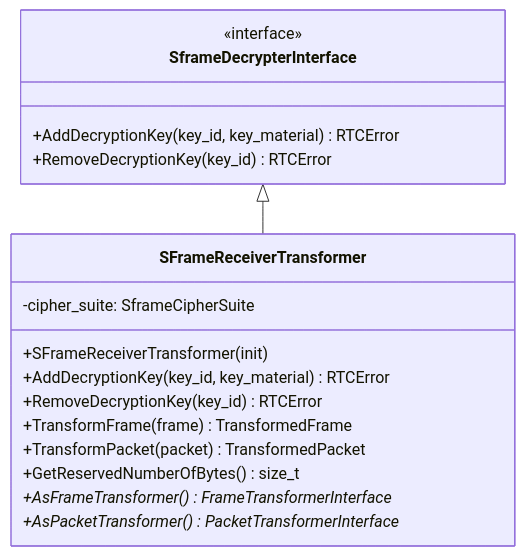
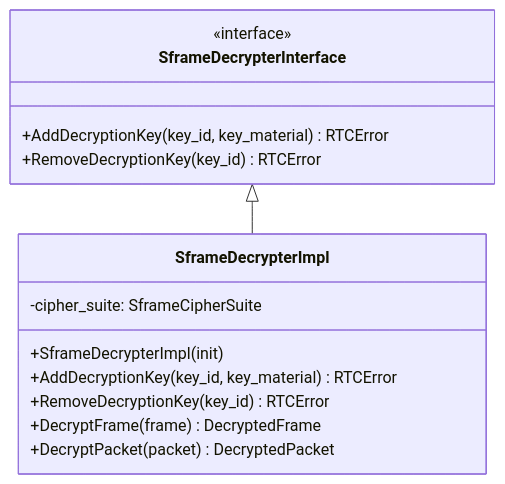
Before and after one commit to webex/webrtc-sframe: the seventh of 13 diagrams in README.md, drawn with Mermaid. The commit also changed other lines of this file and 1 other file, not shown here.

````diff
--- a/README.md
+++ b/README.md
@@ -283,22 +243,19 @@
 ```mermaid
 classDiagram
     class SframeDecrypterInterface {
         <<interface>>
         +AddDecryptionKey(key_id, key_material) RTCError
         +RemoveDecryptionKey(key_id) RTCError
     }
     
-    class SFrameReceiverTransformer {
+    class SframeDecrypterImpl {
         -cipher_suite: SframeCipherSuite
-        +SFrameReceiverTransformer(init)
+        +SframeDecrypterImpl(init)
         +AddDecryptionKey(key_id, key_material) RTCError
         +RemoveDecryptionKey(key_id) RTCError
-        +TransformFrame(frame) TransformedFrame
-        +TransformPacket(packet) TransformedPacket
-        +GetReservedNumberOfBytes() size_t
-        +AsFrameTransformer() FrameTransformerInterface*
-        +AsPacketTransformer() PacketTransformerInterface*
+        +DecryptFrame(frame) DecryptedFrame
+        +DecryptPacket(packet) DecryptedPacket
     }
     
-    SframeDecrypterInterface <|-- SFrameReceiverTransformer
+    SframeDecrypterInterface <|-- SframeDecrypterImpl
 ```
````
